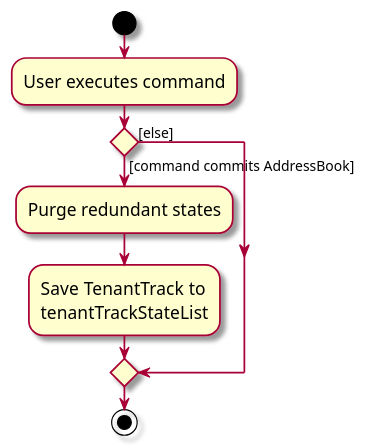
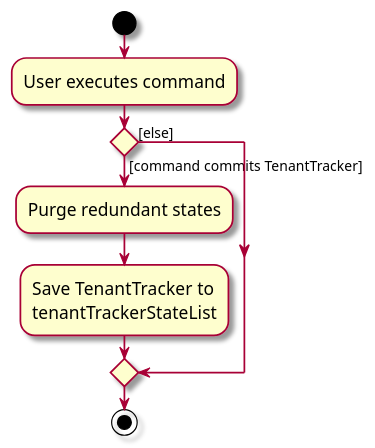
Before and after one commit to namitdeb739/tp: the diagram in docs/diagrams/CommitActivityDiagram.puml, drawn with PlantUML. The commit also changed 15 other files, not shown here.

Commit message:
Fix diagrams and links in documentation

```diff
--- a/docs/diagrams/CommitActivityDiagram.puml
+++ b/docs/diagrams/CommitActivityDiagram.puml
@@ -1,18 +1,18 @@
 @startuml
 skin rose
 skinparam ActivityFontSize 15
 skinparam ArrowFontSize 12
 start
 :User executes command;
 
 'Since the beta syntax does not support placing the condition outside the
 'diamond we place it as the true branch instead.
 
-if () then ([command commits AddressBook])
+if () then ([command commits TenantTracker])
     :Purge redundant states;
-    :Save TenantTrack to
-    tenantTrackStateList;
+    :Save TenantTracker to
+    tenantTrackerStateList;
 else ([else])
 endif
 stop
 @enduml
```
